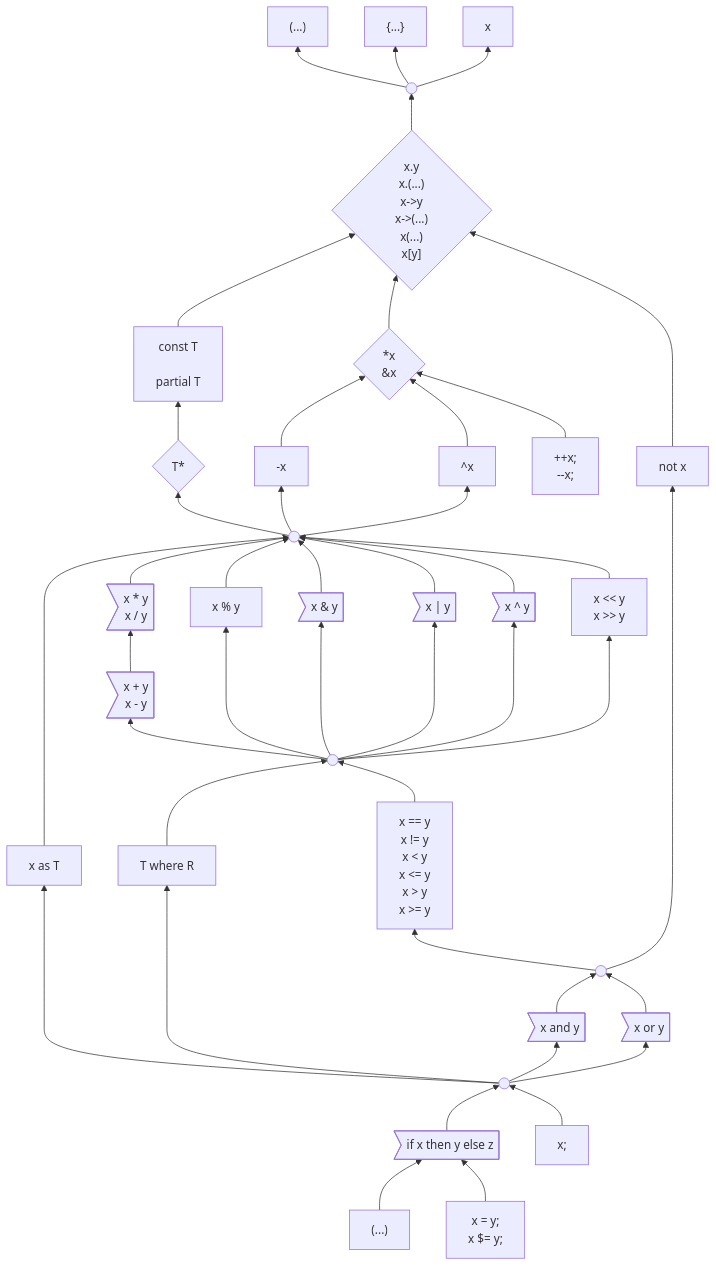
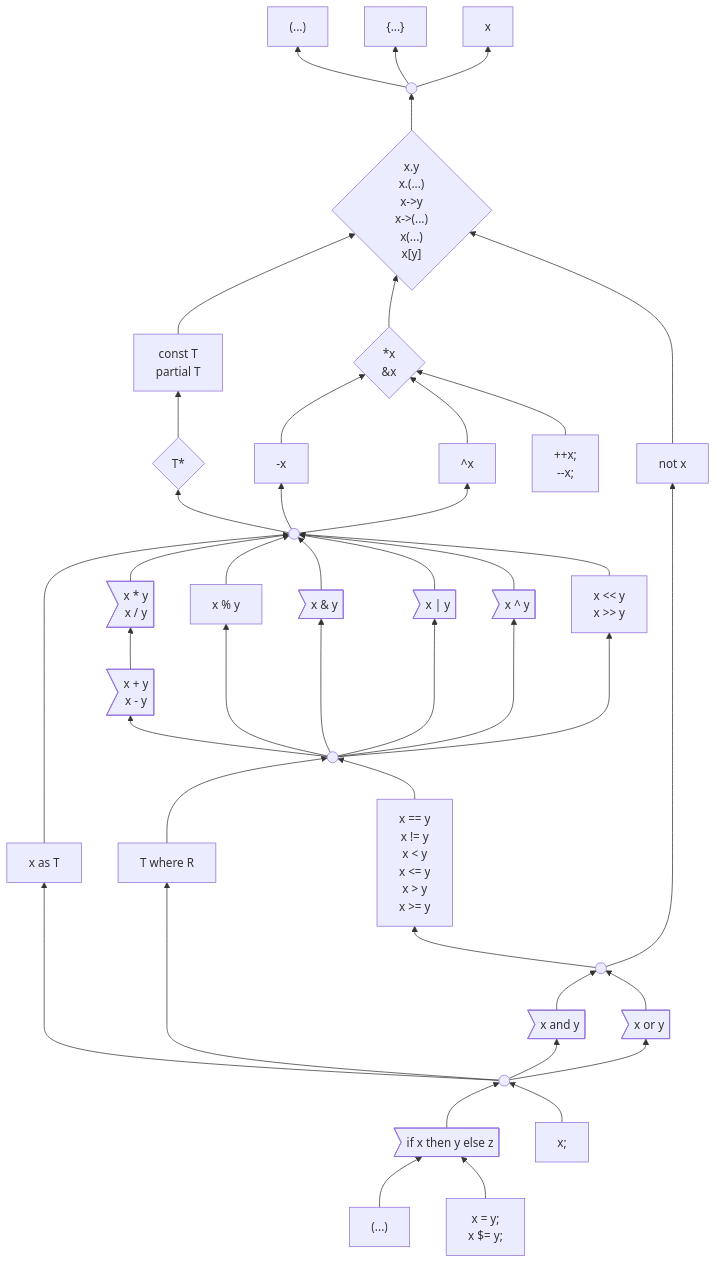
The first of 3 diagrams in docs/design/expressions/README.md (carbon-language/carbon-lang), drawn with Mermaid before and after one commit.

Commit message:
Follow #5751

```diff
--- a/docs/design/expressions/README.md
+++ b/docs/design/expressions/README.md
@@ -72,7 +72,7 @@
                x[y]"}
     click suffixOps "https://github.com/carbon-language/carbon-lang/blob/trunk/docs/design/expressions/README.md#suffix-operators"
 
-    qualifiedType["const T<br>
+    qualifiedType["const T
                    partial T"]
     click pointer-type "https://github.com/carbon-language/carbon-lang/blob/trunk/docs/design/expressions/type_operators.md"
 
```
